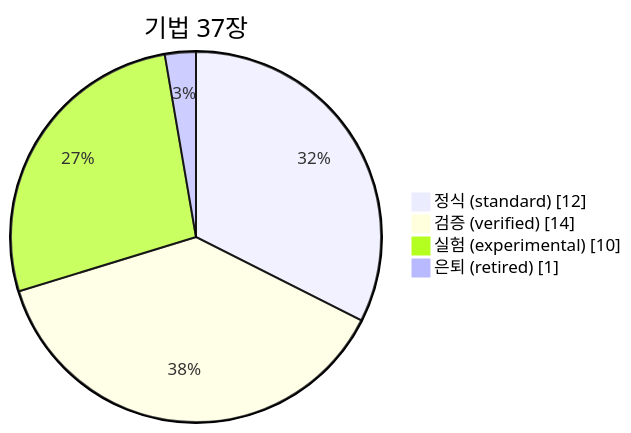
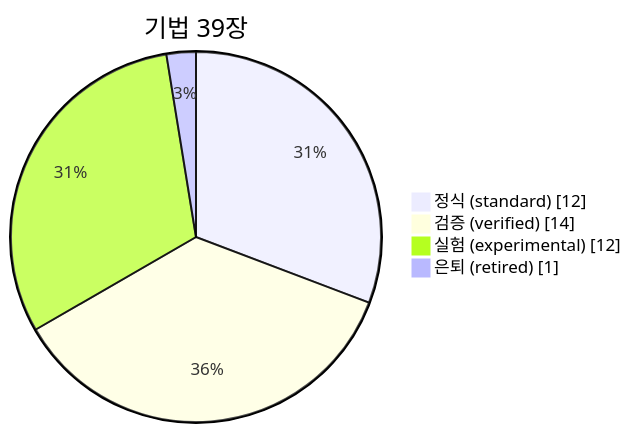
One commit to csbakk/clone-kb changed the diagram in README.md. Above: the diagram before and after it, drawn with Mermaid. The commit also changed other lines of this file and 3 other files, not shown here.

````diff
--- a/README.md
+++ b/README.md
@@ -32,8 +32,8 @@
 ```mermaid
 pie showData
-    title 기법 37장
+    title 기법 39장
     "정식 (standard)" : 12
     "검증 (verified)" : 14
-    "실험 (experimental)" : 10
+    "실험 (experimental)" : 12
     "은퇴 (retired)" : 1
 ```
````
